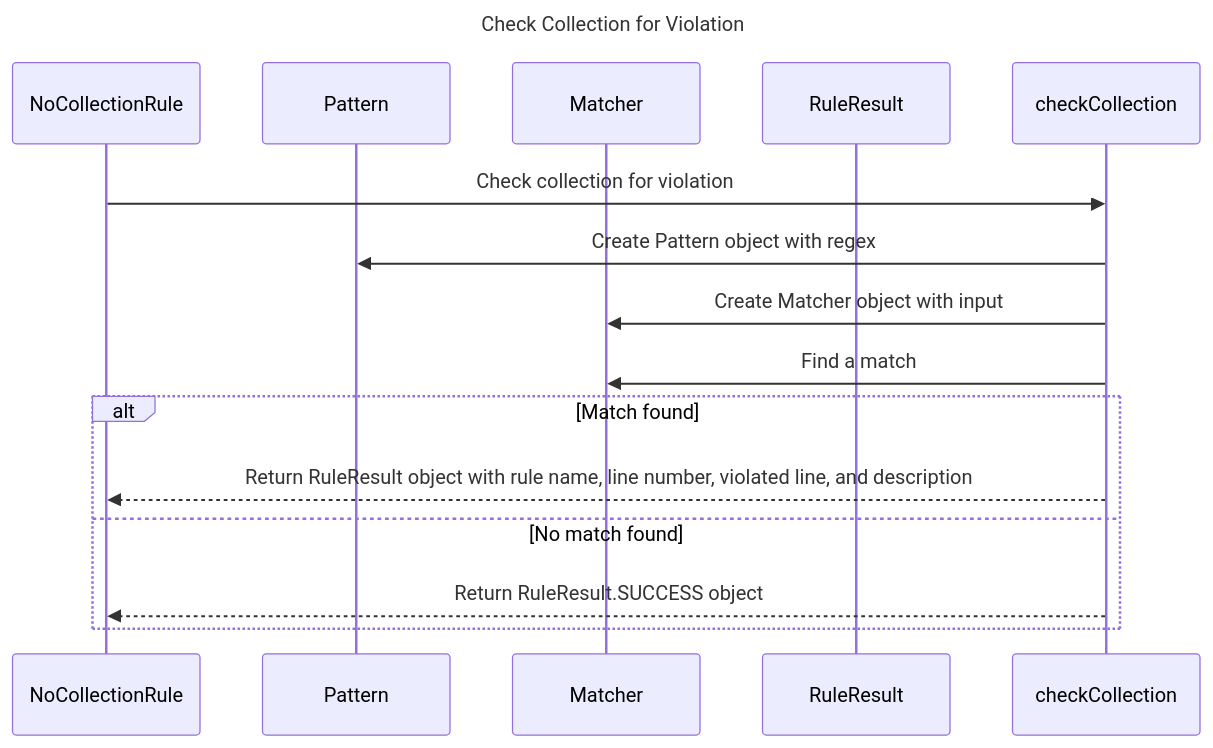
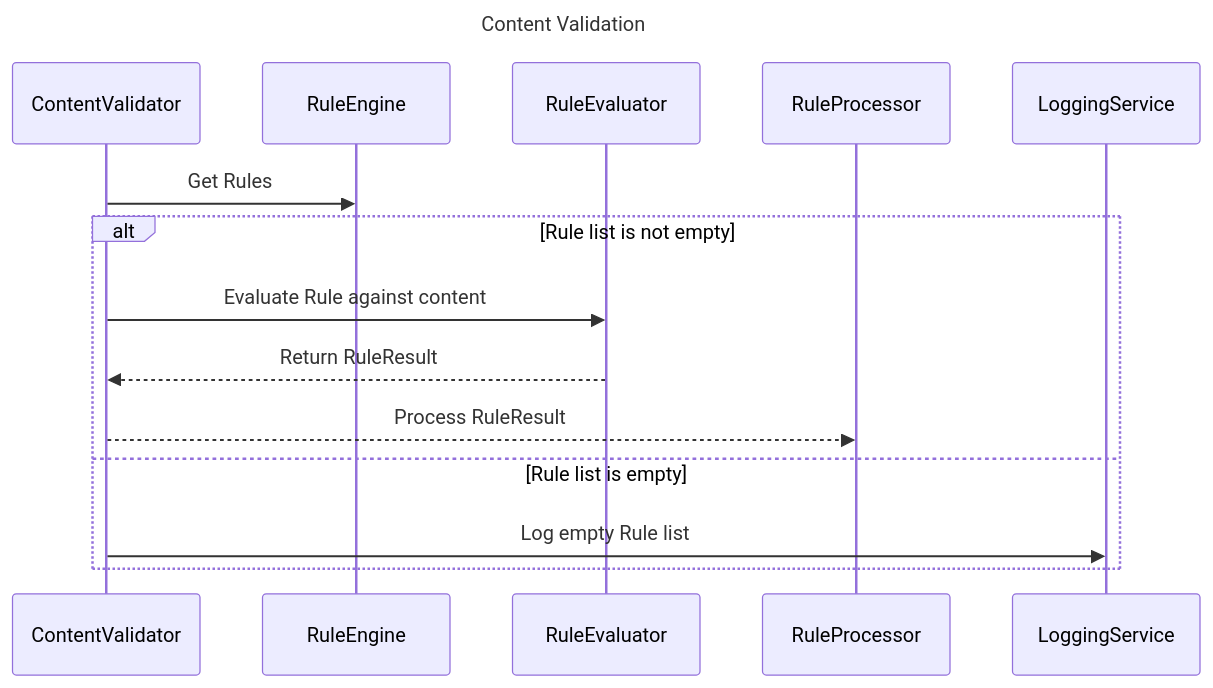
One commit to RichardHightower/docgen changed the diagram in mermaid.mmd. Above: the diagram before and after it, drawn with Mermaid. The commit also changed 27 other files, not shown here.

```diff
--- a/mermaid.mmd
+++ b/mermaid.mmd
@@ -1,19 +1,20 @@
 ---
-title: Check Collection for Violation
+title: Content Validation
 ---
 
 sequenceDiagram
-    participant NoCollectionRule
-    participant Pattern
-    participant Matcher
-    participant RuleResult
+    participant ContentValidator
+    participant RuleEngine
+    participant RuleEvaluator
+    participant RuleProcessor
+    participant LoggingService
 
-    NoCollectionRule->>checkCollection: Check collection for violation
-    checkCollection->>Pattern: Create Pattern object with regex
-    checkCollection->>Matcher: Create Matcher object with input
-    checkCollection->>Matcher: Find a match
-    alt Match found
-        checkCollection-->>NoCollectionRule: Return RuleResult object with rule name, line number, violated line, and description
-    else No match found
-        checkCollection-->>NoCollectionRule: Return RuleResult.SUCCESS object
+    ContentValidator->>RuleEngine: Get Rules
+
+    alt Rule list is not empty
+        ContentValidator->>RuleEvaluator: Evaluate Rule against content
+        RuleEvaluator-->>ContentValidator: Return RuleResult
+        ContentValidator-->>RuleProcessor: Process RuleResult
+    else Rule list is empty
+        ContentValidator->>LoggingService: Log empty Rule list
     end
```
